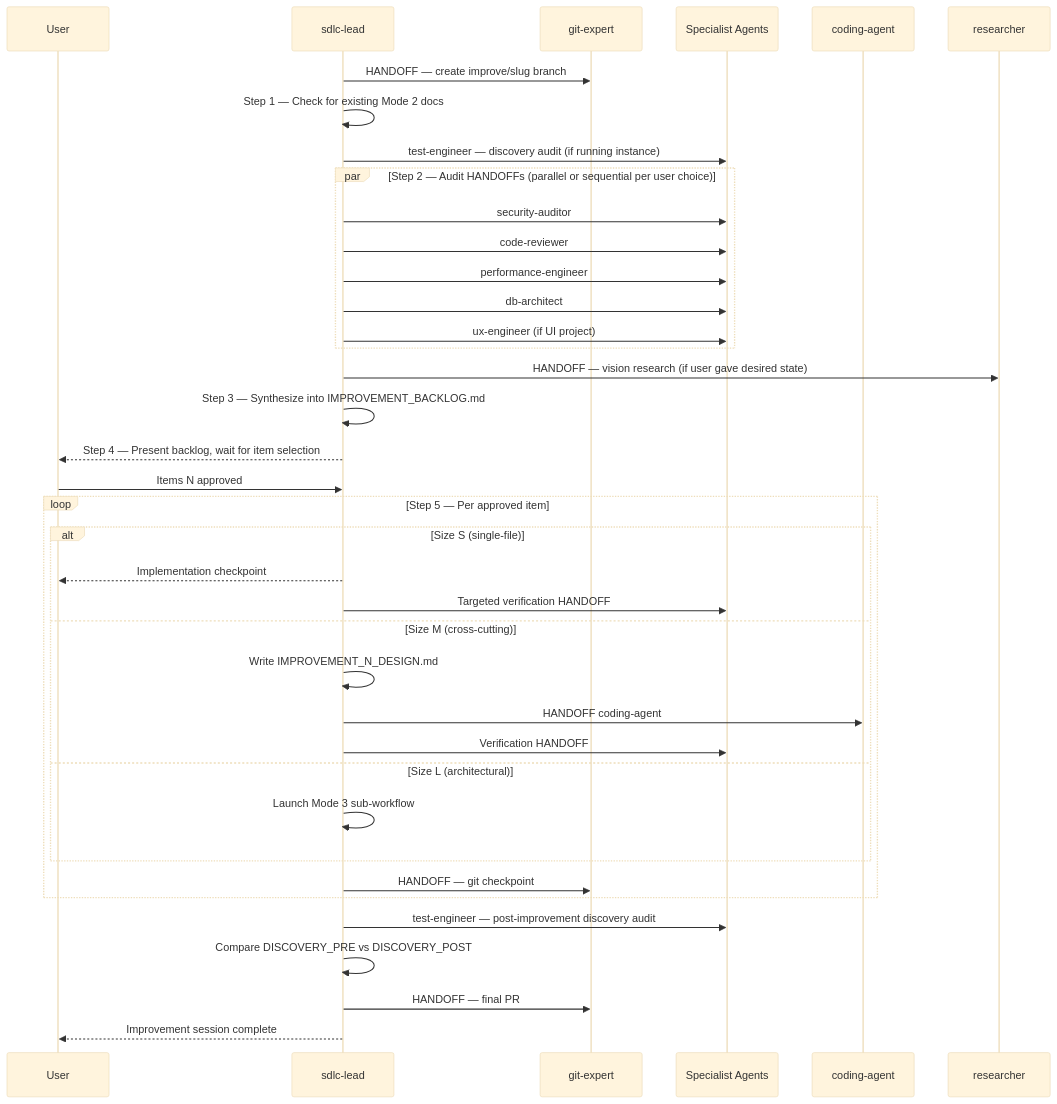
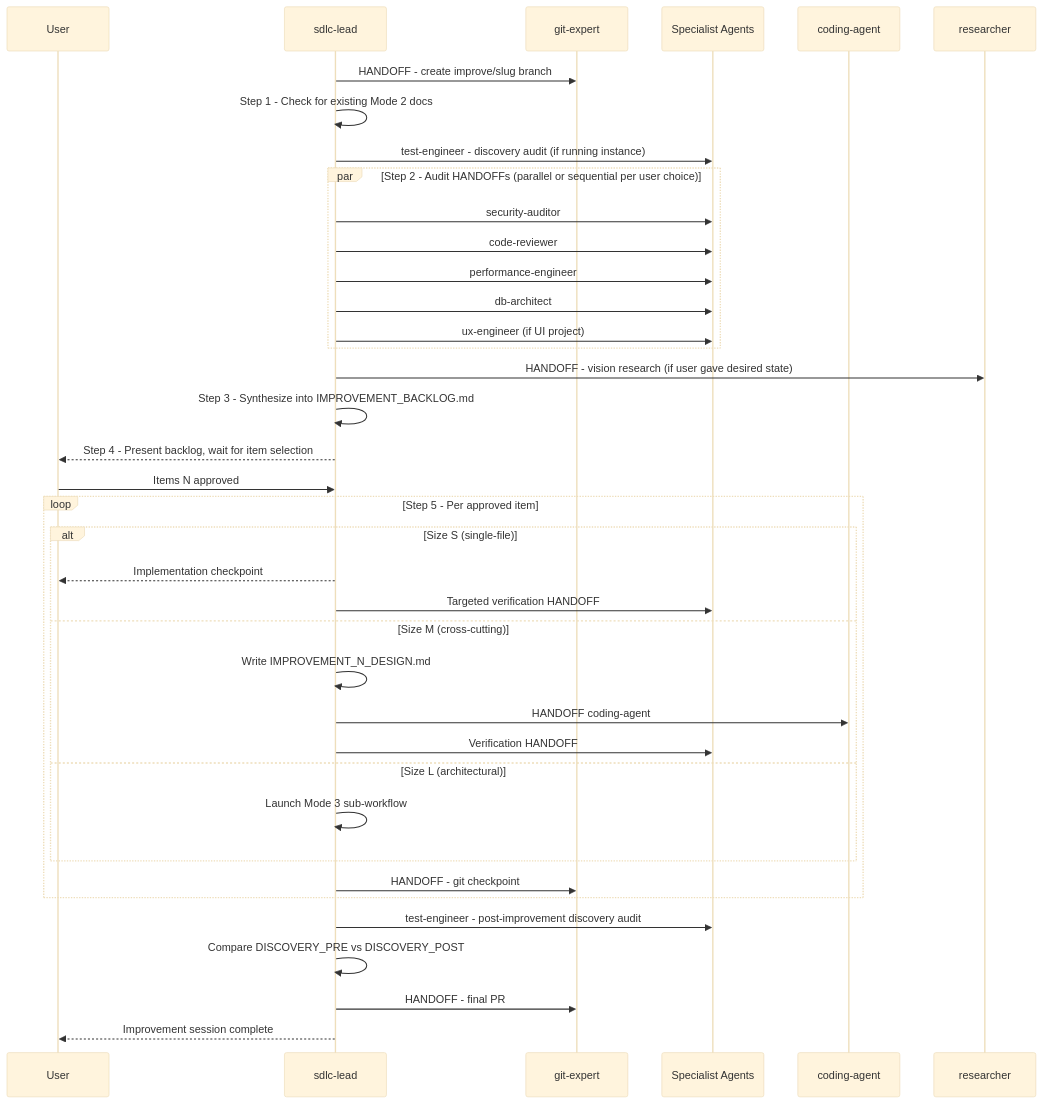
The fifth of 5 diagrams in docs/review/05-agents/02-sdlc-orchestrator.md (bpmforge/attest), drawn with Mermaid (base theme) before and after one commit. The commit also changed other lines of this file and 28 other files, not shown here.

First line of the commit message:
docs: refresh all docs for v1.1-v1.6 + autofix mermaid in review book

````diff
--- a/docs/review/05-agents/02-sdlc-orchestrator.md
+++ b/docs/review/05-agents/02-sdlc-orchestrator.md
@@ -212,45 +212,45 @@
 ```mermaid
 sequenceDiagram
     participant U as User
     participant LEAD as sdlc-lead
     participant GIT as git-expert
     participant SPEC as Specialist Agents
     participant COD as coding-agent
     participant RES as researcher
 
-    LEAD->>GIT: HANDOFF — create improve/slug branch
-    LEAD->>LEAD: Step 1 — Check for existing Mode 2 docs
-    LEAD->>SPEC: test-engineer — discovery audit (if running instance)
+    LEAD->>GIT: HANDOFF - create improve/slug branch
+    LEAD->>LEAD: Step 1 - Check for existing Mode 2 docs
+    LEAD->>SPEC: test-engineer - discovery audit (if running instance)
 
-    par Step 2 — Audit HANDOFFs (parallel or sequential per user choice)
+    par Step 2 - Audit HANDOFFs (parallel or sequential per user choice)
         LEAD->>SPEC: security-auditor
         LEAD->>SPEC: code-reviewer
         LEAD->>SPEC: performance-engineer
         LEAD->>SPEC: db-architect
         LEAD->>SPEC: ux-engineer (if UI project)
     end
 
-    LEAD->>RES: HANDOFF — vision research (if user gave desired state)
-    LEAD->>LEAD: Step 3 — Synthesize into IMPROVEMENT_BACKLOG.md
-    LEAD-->>U: Step 4 — Present backlog, wait for item selection
+    LEAD->>RES: HANDOFF - vision research (if user gave desired state)
+    LEAD->>LEAD: Step 3 - Synthesize into IMPROVEMENT_BACKLOG.md
+    LEAD-->>U: Step 4 - Present backlog, wait for item selection
     U->>LEAD: Items N approved
 
-    loop Step 5 — Per approved item
+    loop Step 5 - Per approved item
         alt Size S (single-file)
             LEAD-->>U: Implementation checkpoint
             LEAD->>SPEC: Targeted verification HANDOFF
         else Size M (cross-cutting)
             LEAD->>LEAD: Write IMPROVEMENT_N_DESIGN.md
             LEAD->>COD: HANDOFF coding-agent
             LEAD->>SPEC: Verification HANDOFF
         else Size L (architectural)
             LEAD->>LEAD: Launch Mode 3 sub-workflow
         end
-        LEAD->>GIT: HANDOFF — git checkpoint
+        LEAD->>GIT: HANDOFF - git checkpoint
     end
 
-    LEAD->>SPEC: test-engineer — post-improvement discovery audit
+    LEAD->>SPEC: test-engineer - post-improvement discovery audit
     LEAD->>LEAD: Compare DISCOVERY_PRE vs DISCOVERY_POST
-    LEAD->>GIT: HANDOFF — final PR
+    LEAD->>GIT: HANDOFF - final PR
     LEAD-->>U: Improvement session complete
 ```
````
